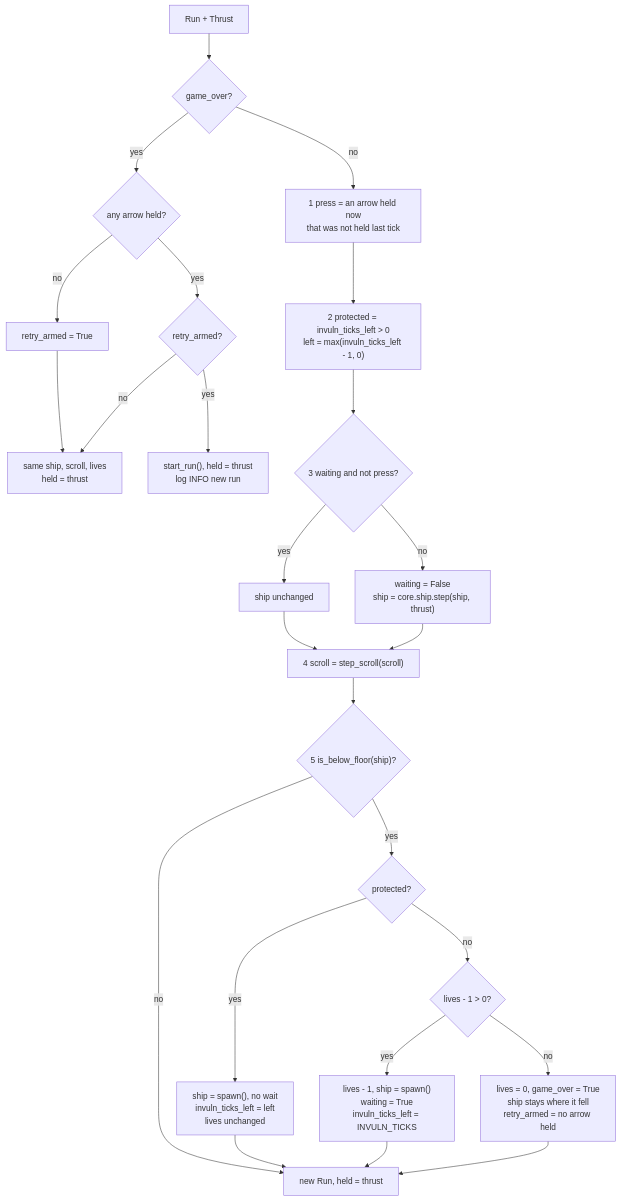
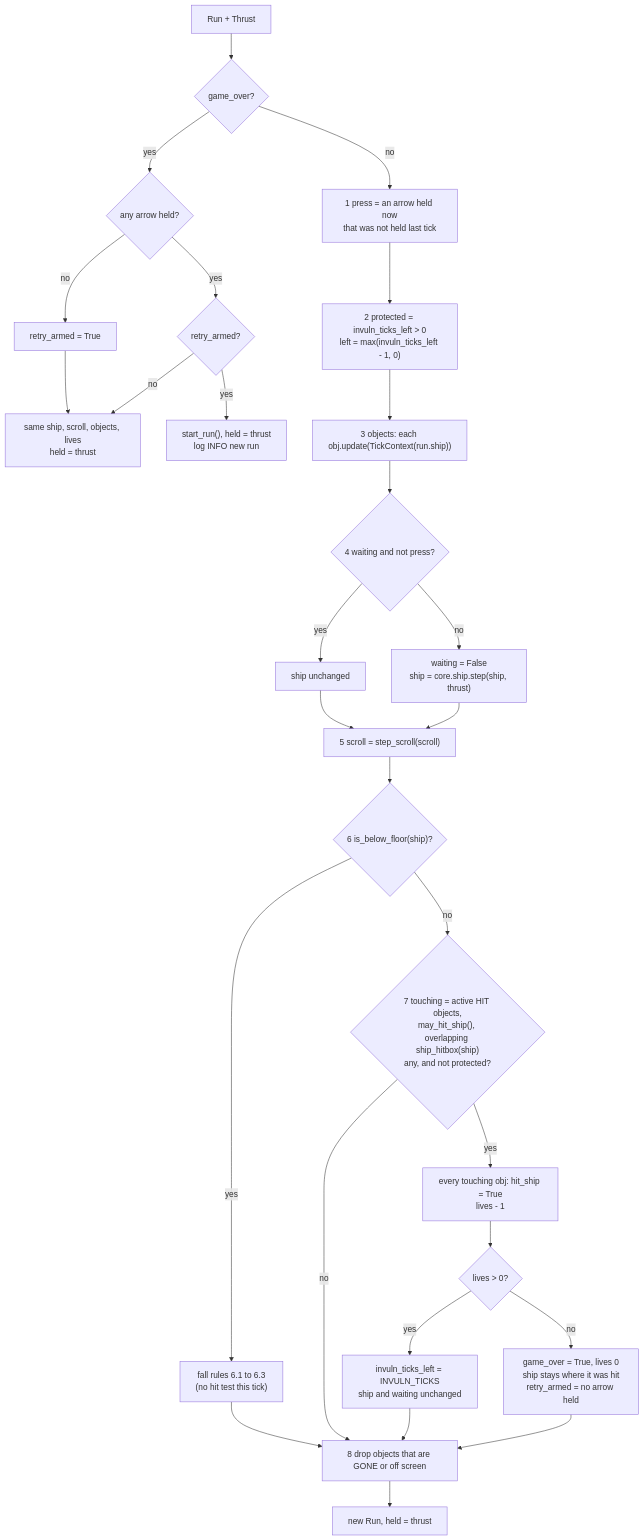
One commit to david-mntl/driftward-ace changed the second of 3 diagrams in docs/contracts/systems/run.md. Above: the diagram before and after it, drawn with Mermaid. The commit also changed other lines of this file and 17 other files, not shown here.

Commit message:
docs(contracts): add objects spec and schemas, update run, ship, app and overlay specs

````diff
--- a/docs/contracts/systems/run.md
+++ b/docs/contracts/systems/run.md
@@ -34,26 +38,29 @@
 ```mermaid
 flowchart TD
   IN["Run + Thrust"] --> GO{"game_over?"}
   GO -- yes --> G1{"any arrow held?"}
-  G1 -- no --> G2["retry_armed = True"] --> GOUT["same ship, scroll, lives<br/>held = thrust"]
+  G1 -- no --> G2["retry_armed = True"] --> GOUT["same ship, scroll, objects, lives<br/>held = thrust"]
   G1 -- yes --> G3{"retry_armed?"}
   G3 -- no --> GOUT
   G3 -- yes --> NEW["start_run(), held = thrust<br/>log INFO new run"]
   GO -- no --> P1["1 press = an arrow held now<br/>that was not held last tick"]
   P1 --> P2["2 protected = invuln_ticks_left > 0<br/>left = max(invuln_ticks_left - 1, 0)"]
-  P2 --> P3{"3 waiting and not press?"}
-  P3 -- yes --> STAY["ship unchanged"]
-  P3 -- no --> STEP["waiting = False<br/>ship = core.ship.step(ship, thrust)"]
-  STAY --> P4["4 scroll = step_scroll(scroll)"]
-  STEP --> P4
-  P4 --> P5{"5 is_below_floor(ship)?"}
-  P5 -- no --> OUT["new Run, held = thrust"]
-  P5 -- yes --> F1{"protected?"}
-  F1 -- yes --> RI["ship = spawn(), no wait<br/>invuln_ticks_left = left<br/>lives unchanged"]
-  F1 -- no --> F2{"lives - 1 > 0?"}
-  F2 -- yes --> RW["lives - 1, ship = spawn()<br/>waiting = True<br/>invuln_ticks_left = INVULN_TICKS"]
-  F2 -- no --> GV["lives = 0, game_over = True<br/>ship stays where it fell<br/>retry_armed = no arrow held"]
-  RI --> OUT
-  RW --> OUT
-  GV --> OUT
+  P2 --> P3["3 objects: each obj.update(TickContext(run.ship))"]
+  P3 --> P4{"4 waiting and not press?"}
+  P4 -- yes --> STAY["ship unchanged"]
+  P4 -- no --> STEP["waiting = False<br/>ship = core.ship.step(ship, thrust)"]
+  STAY --> P5["5 scroll = step_scroll(scroll)"]
+  STEP --> P5
+  P5 --> P6{"6 is_below_floor(ship)?"}
+  P6 -- yes --> FALL["fall rules 6.1 to 6.3<br/>(no hit test this tick)"]
+  P6 -- no --> P7{"7 touching = active HIT objects,<br/>may_hit_ship(), overlapping ship_hitbox(ship)<br/>any, and not protected?"}
+  P7 -- no --> P8
+  P7 -- yes --> H1["every touching obj: hit_ship = True<br/>lives - 1"]
+  H1 --> H2{"lives > 0?"}
+  H2 -- yes --> HI["invuln_ticks_left = INVULN_TICKS<br/>ship and waiting unchanged"]
+  H2 -- no --> HG["game_over = True, lives 0<br/>ship stays where it was hit<br/>retry_armed = no arrow held"]
+  FALL --> P8["8 drop objects that are GONE or off screen"]
+  HI --> P8
+  HG --> P8
+  P8 --> OUT["new Run, held = thrust"]
 ```
````
